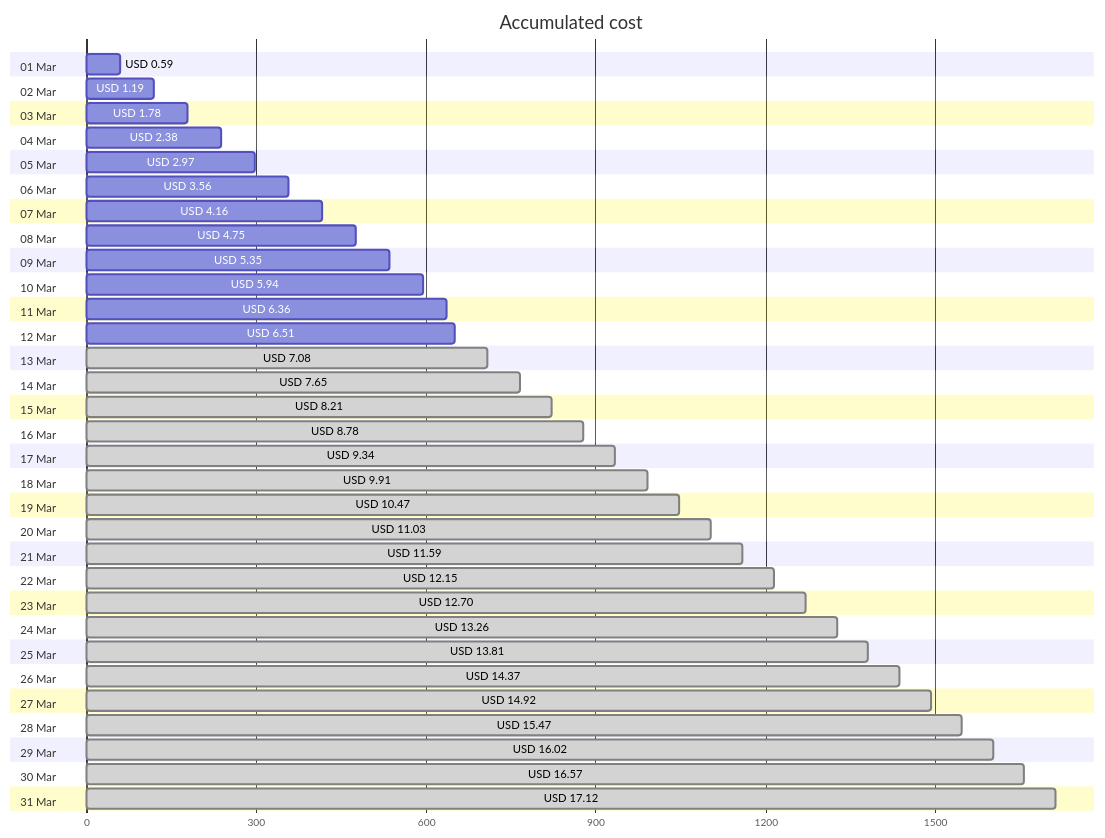
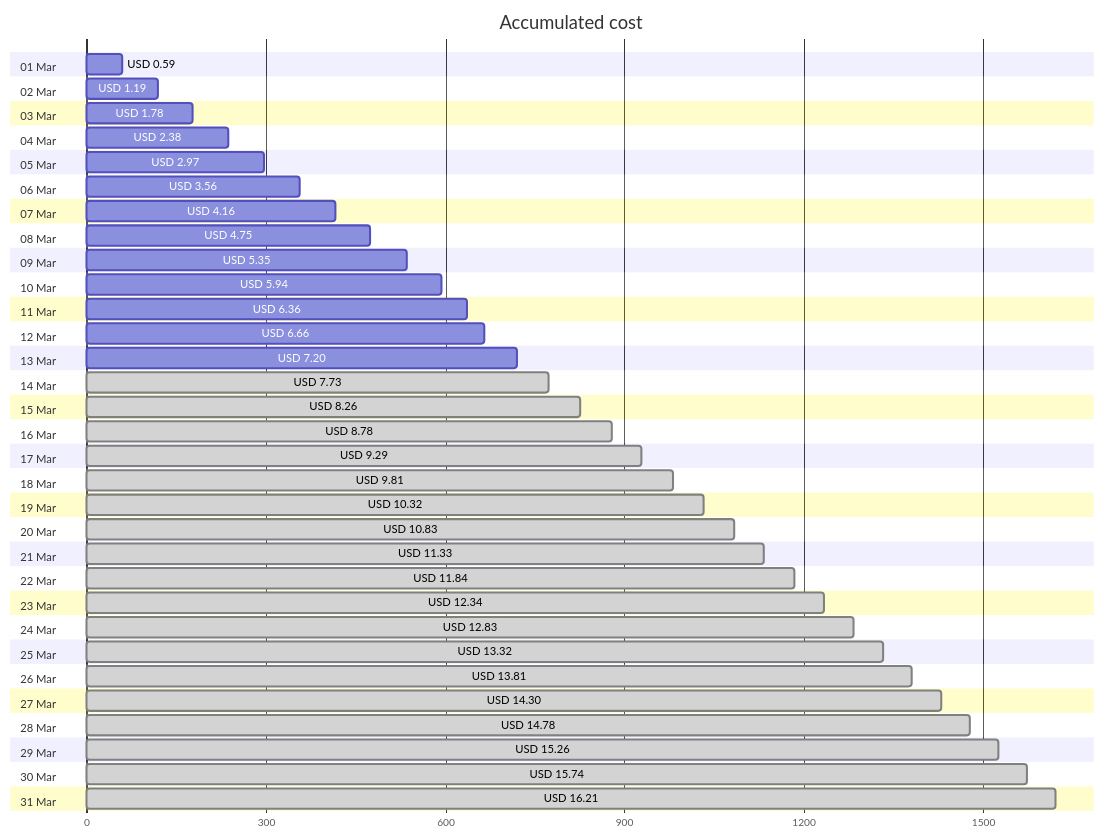
The first of 4 diagrams in cost-reports/personal-site/README.md (jpfulton/azure-personal-reports), drawn with Mermaid before and after one commit. The commit also changed other lines of this file and 6 other files, not shown here.

````diff
--- a/cost-reports/personal-site/README.md
+++ b/cost-reports/personal-site/README.md
@@ -20,68 +20,68 @@
 ```mermaid
 gantt
    title Accumulated cost
    dateFormat  X
    axisFormat %s
    section 01 Mar
    USD 0.59 :0, 59
    section 02 Mar
    USD 1.19 :0, 119
    section 03 Mar
    USD 1.78 :0, 178
    section 04 Mar
    USD 2.38 :0, 238
    section 05 Mar
    USD 2.97 :0, 297
    section 06 Mar
    USD 3.56 :0, 356
    section 07 Mar
    USD 4.16 :0, 416
    section 08 Mar
    USD 4.75 :0, 475
    section 09 Mar
    USD 5.35 :0, 535
    section 10 Mar
    USD 5.94 :0, 594
    section 11 Mar
    USD 6.36 :0, 636
    section 12 Mar
-   USD 6.51 :0, 651
+   USD 6.66 :0, 666
    section 13 Mar
-   USD 7.08 : done, 0, 708
+   USD 7.20 :0, 720
    section 14 Mar
-   USD 7.65 : done, 0, 765
+   USD 7.73 : done, 0, 773
    section 15 Mar
-   USD 8.21 : done, 0, 821
+   USD 8.26 : done, 0, 826
    section 16 Mar
    USD 8.78 : done, 0, 878
    section 17 Mar
-   USD 9.34 : done, 0, 934
+   USD 9.29 : done, 0, 929
    section 18 Mar
-   USD 9.91 : done, 0, 991
+   USD 9.81 : done, 0, 981
    section 19 Mar
-   USD 10.47 : done, 0, 1047
+   USD 10.32 : done, 0, 1032
    section 20 Mar
-   USD 11.03 : done, 0, 1103
+   USD 10.83 : done, 0, 1083
    section 21 Mar
-   USD 11.59 : done, 0, 1159
+   USD 11.33 : done, 0, 1133
    section 22 Mar
-   USD 12.15 : done, 0, 1215
+   USD 11.84 : done, 0, 1184
    section 23 Mar
-   USD 12.70 : done, 0, 1270
+   USD 12.34 : done, 0, 1234
    section 24 Mar
-   USD 13.26 : done, 0, 1326
+   USD 12.83 : done, 0, 1283
    section 25 Mar
+   USD 13.32 : done, 0, 1332
+   section 26 Mar
    USD 13.81 : done, 0, 1381
-   section 26 Mar
-   USD 14.37 : done, 0, 1437
    section 27 Mar
-   USD 14.92 : done, 0, 1492
+   USD 14.30 : done, 0, 1430
    section 28 Mar
-   USD 15.47 : done, 0, 1547
+   USD 14.78 : done, 0, 1478
    section 29 Mar
-   USD 16.02 : done, 0, 1602
+   USD 15.26 : done, 0, 1526
    section 30 Mar
-   USD 16.57 : done, 0, 1657
+   USD 15.74 : done, 0, 1574
    section 31 Mar
-   USD 17.12 : done, 0, 1712
+   USD 16.21 : done, 0, 1621
 ```
````
